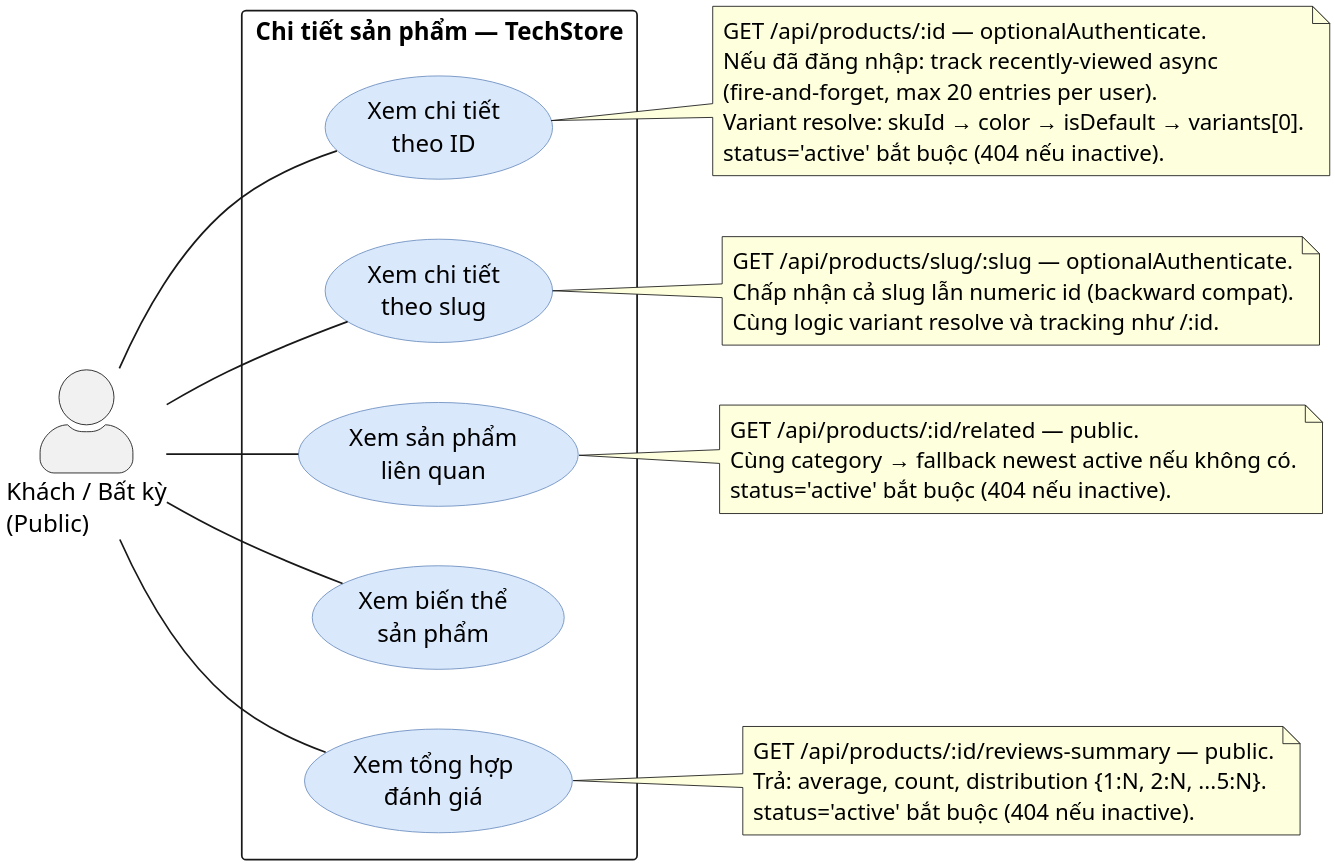
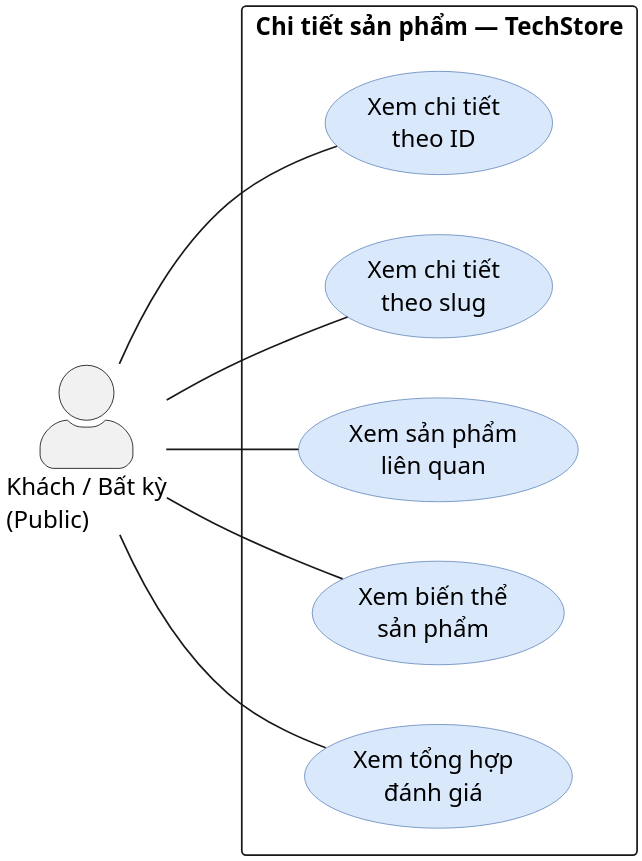
Before and after one commit to MinhThang1009/E-commerce-website: the diagram in diagrams/usecase/usecase-07-catalog-detail.puml, drawn with PlantUML. The commit also changed 266 other files, not shown here.

```diff
--- a/diagrams/usecase/usecase-07-catalog-detail.puml
+++ b/diagrams/usecase/usecase-07-catalog-detail.puml
@@ -1,63 +1,71 @@
 @startuml usecase-07-catalog-detail
 ' Sơ đồ use case — Chi tiết Sản phẩm (Catalog detail §2.2b)
 ' Ground-truth: backend/src/modules/catalog/routes.js — products router (L293-297)
 '   GET /api/products/slug/:slug   — optionalAuthenticate  → chi tiết theo slug
 '   GET /api/products/:id          — optionalAuthenticate  → chi tiết theo ID
 '   GET /api/products/:id/related  — public               → sản phẩm liên quan
 '   GET /api/products/:id/variants — public               → biến thể sản phẩm
 '   GET /api/products/:id/reviews-summary — public        → tổng hợp đánh giá
 ' Denominator: 5 routes → 5 UC
 ' Scope: product detail only. Browse/listing → uc-06. Category/Brand → uc-08.
 left to right direction
 skinparam dpi 300
 skinparam backgroundColor #FFFFFF
 skinparam shadowing false
 skinparam packageStyle rectangle
 skinparam usecase {
   BackgroundColor #DAE8FC
   BorderColor #6C8EBF
 }
 skinparam actorStyle awesome
 
 actor "Khách / Bất kỳ\n(Public)" as pub
 
 rectangle "Chi tiết sản phẩm — TechStore" {
   usecase "Xem chi tiết\ntheo ID" as UC_detail_id
   usecase "Xem chi tiết\ntheo slug" as UC_detail_slug
   usecase "Xem sản phẩm\nliên quan" as UC_related
   usecase "Xem biến thể\nsản phẩm" as UC_variants
   usecase "Xem tổng hợp\nđánh giá" as UC_reviews_summary
 }
 
 pub -- UC_detail_id
 pub -- UC_detail_slug
 pub -- UC_related
 pub -- UC_variants
 pub -- UC_reviews_summary
 
+/'
 note right of UC_detail_id
   GET /api/products/:id — optionalAuthenticate.
   Nếu đã đăng nhập: track recently-viewed async
   (fire-and-forget, max 20 entries per user).
   Variant resolve: skuId → color → isDefault → variants[0].
   status='active' bắt buộc (404 nếu inactive).
 end note
+'/
 
+/'
 note right of UC_detail_slug
   GET /api/products/slug/:slug — optionalAuthenticate.
   Chấp nhận cả slug lẫn numeric id (backward compat).
   Cùng logic variant resolve và tracking như /:id.
 end note
+'/
 
+/'
 note right of UC_related
   GET /api/products/:id/related — public.
   Cùng category → fallback newest active nếu không có.
   status='active' bắt buộc (404 nếu inactive).
 end note
+'/
 
+/'
 note right of UC_reviews_summary
   GET /api/products/:id/reviews-summary — public.
   Trả: average, count, distribution {1:N, 2:N, ...5:N}.
   status='active' bắt buộc (404 nếu inactive).
 end note
+'/
 @enduml
```
